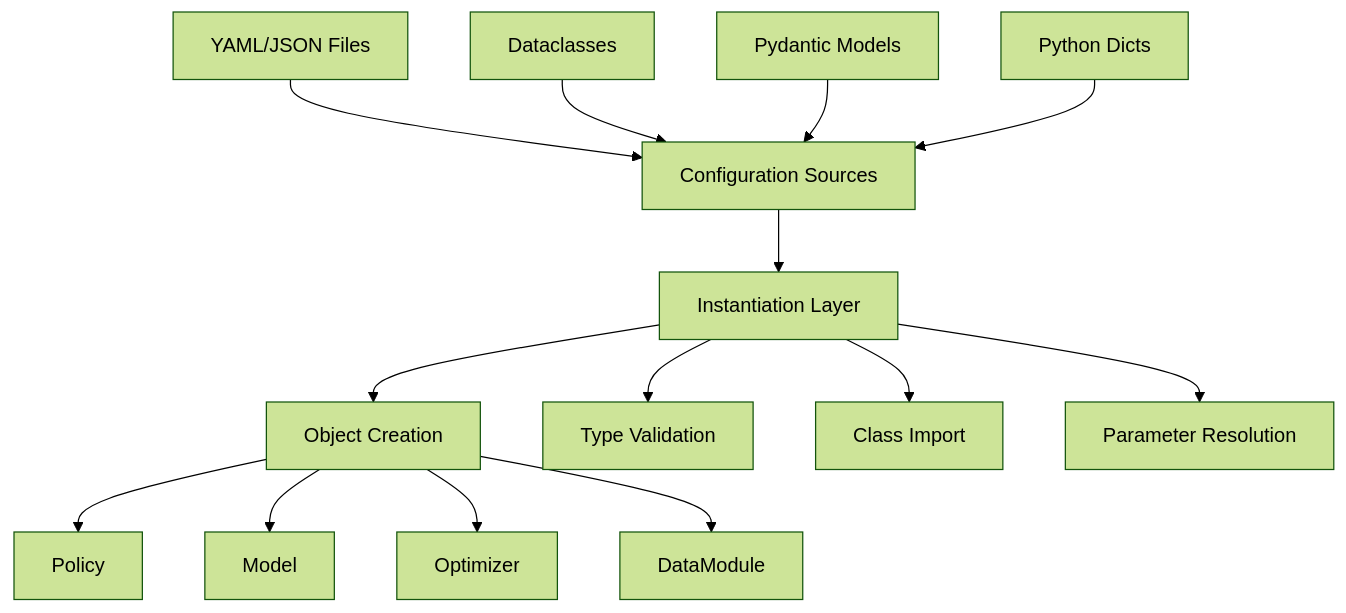
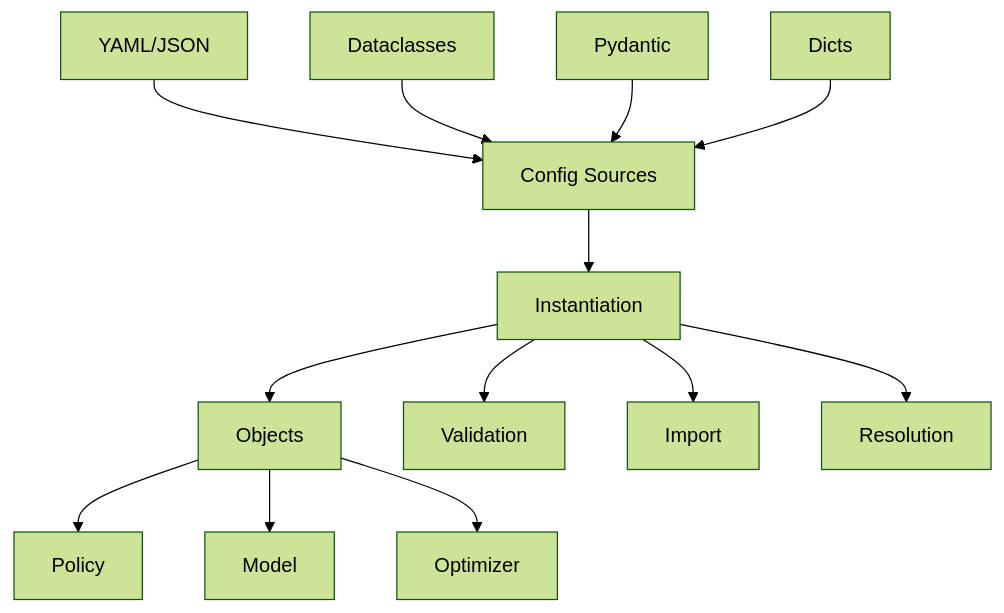
The diagram in library/docs/design/config/overview.md (open-edge-platform/physical-ai-studio), drawn with Mermaid (forest theme) before and after one commit. The commit also changed other lines of this file and 15 other files, not shown here.

````diff
--- a/library/docs/design/config/overview.md
+++ b/library/docs/design/config/overview.md
@@ -62,19 +28,18 @@
 ```mermaid
 graph TB
-    A[Configuration Sources] --> B[Instantiation Layer]
-    B --> C[Object Creation]
+    A[Config Sources] --> B[Instantiation]
+    B --> C[Objects]
 
-    A1[YAML/JSON Files] --> A
+    A1[YAML/JSON] --> A
     A2[Dataclasses] --> A
-    A3[Pydantic Models] --> A
-    A4[Python Dicts] --> A
+    A3[Pydantic] --> A
+    A4[Dicts] --> A
 
-    B --> B1[Type Validation]
-    B --> B2[Class Import]
-    B --> B3[Parameter Resolution]
+    B --> B1[Validation]
+    B --> B2[Import]
+    B --> B3[Resolution]
 
     C --> C1[Policy]
     C --> C2[Model]
     C --> C3[Optimizer]
-    C --> C4[DataModule]
 ```
````
